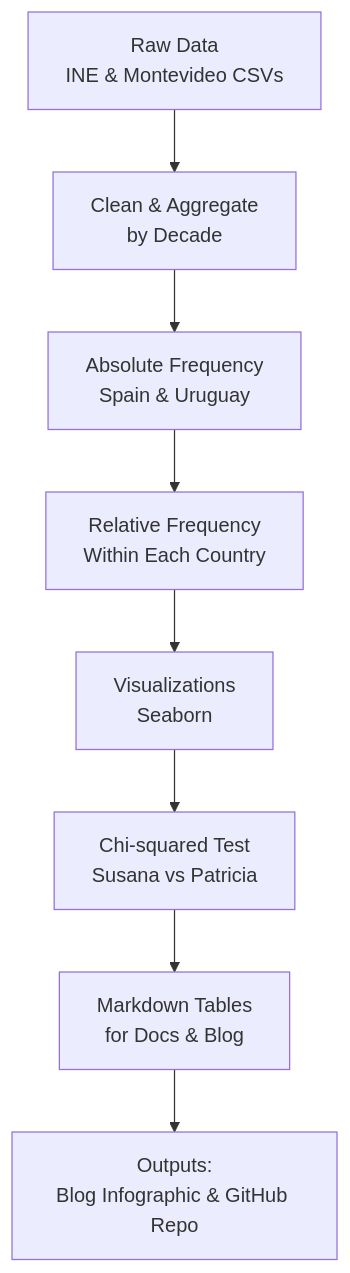
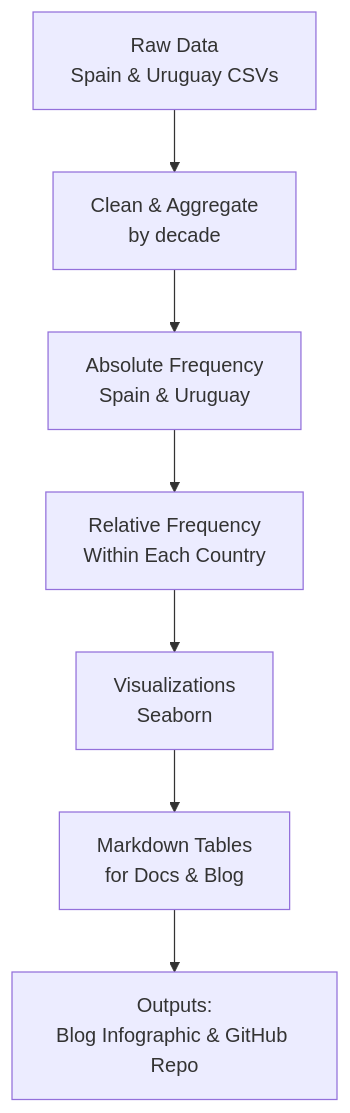
The diagram in README.md (blancavg/candy-names-impact), drawn with Mermaid before and after one commit. The commit also changed other lines of this file and 29 other files, not shown here.

````diff
--- a/README.md
+++ b/README.md
@@ -52,10 +57,9 @@
 ```mermaid
 graph TD
-    A[Raw Data<br/>INE & Montevideo CSVs] --> B[Clean & Aggregate\nby Decade]
+    A[Raw Data<br/>Spain & Uruguay CSVs] --> B[Clean & Aggregate\nby decade]
     B --> C[Absolute Frequency<br/>Spain & Uruguay]
     C --> D[Relative Frequency<br/>Within Each Country]
     D --> E[Visualizations<br/>Seaborn]
-    E --> F[Chi-squared Test<br/>Susana vs Patricia]
-    F --> G[Markdown Tables<br/>for Docs & Blog]
-    G --> H[Outputs:<br/>Blog Infographic & GitHub Repo]
+    E --> F[Markdown Tables<br/>for Docs & Blog]
+    F --> G[Outputs:<br/>Blog Infographic & GitHub Repo]
 ```
````
